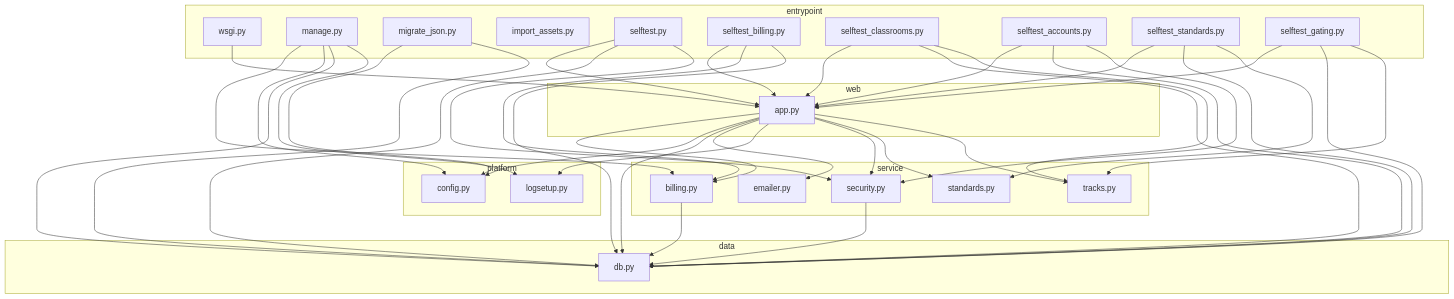
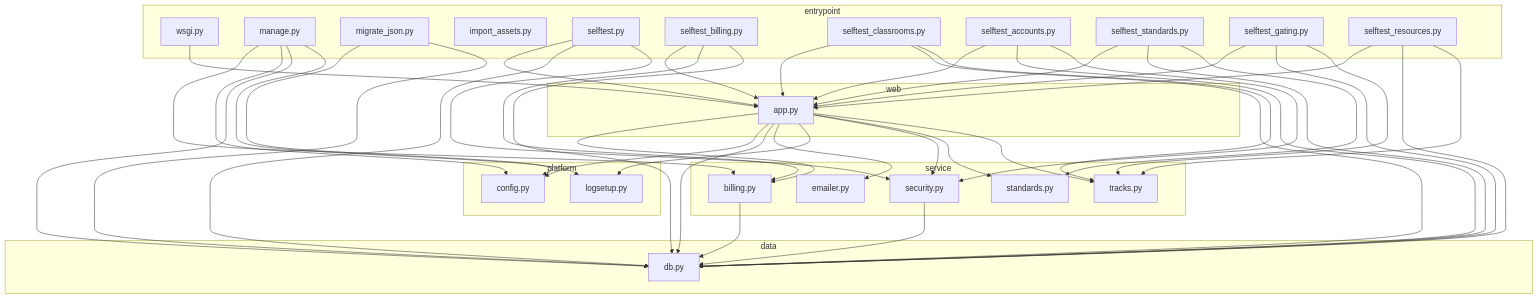
One commit to shry9735/Book-Trial-Thing changed the diagram in docs/CALLGRAPH.md. Above: the diagram before and after it, drawn with Mermaid. The commit also changed other lines of this file and 24 other files, not shown here.

````diff
--- a/docs/CALLGRAPH.md
+++ b/docs/CALLGRAPH.md
@@ -18,67 +18,71 @@
 ```mermaid
 graph TD
     subgraph L0["entrypoint"]
         wsgi["wsgi.py"]
         manage["manage.py"]
         migrate_json["migrate_json.py"]
         import_assets["import_assets.py"]
         selftest["selftest.py"]
         selftest_billing["selftest_billing.py"]
         selftest_classrooms["selftest_classrooms.py"]
         selftest_accounts["selftest_accounts.py"]
         selftest_standards["selftest_standards.py"]
         selftest_gating["selftest_gating.py"]
+        selftest_resources["selftest_resources.py"]
     end
     subgraph L1["web"]
         app["app.py"]
     end
     subgraph L2["service"]
         billing["billing.py"]
         security["security.py"]
         emailer["emailer.py"]
         tracks["tracks.py"]
         standards["standards.py"]
     end
     subgraph L3["data"]
         db["db.py"]
     end
     subgraph L4["platform"]
         config["config.py"]
         logsetup["logsetup.py"]
     end
     app --> billing
     app --> config
     app --> db
     app --> emailer
     app --> logsetup
     app --> security
     app --> standards
     app --> tracks
     billing --> db
     manage --> billing
     manage --> config
     manage --> db
     manage --> logsetup
     migrate_json --> config
     migrate_json --> db
     security --> db
     selftest --> app
     selftest --> db
     selftest --> security
     selftest_accounts --> app
     selftest_accounts --> db
     selftest_accounts --> security
     selftest_billing --> app
     selftest_billing --> billing
     selftest_billing --> db
     selftest_classrooms --> app
     selftest_classrooms --> db
     selftest_classrooms --> tracks
     selftest_gating --> app
     selftest_gating --> db
     selftest_gating --> tracks
+    selftest_resources --> app
+    selftest_resources --> db
+    selftest_resources --> tracks
     selftest_standards --> app
     selftest_standards --> db
     selftest_standards --> standards
     wsgi --> app
 ```
````
